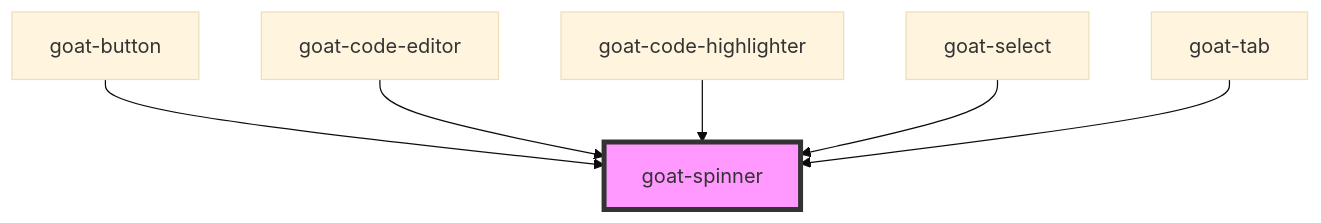
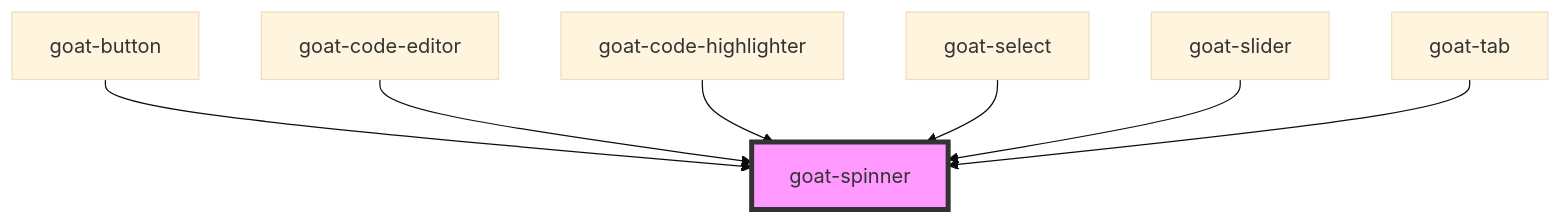
The diagram in src/components/feedback/spinner/readme.md (goatui/components), drawn with Mermaid (base theme) before and after one commit. The commit also changed other lines of this file and 9 other files, not shown here.

````diff
--- a/src/components/feedback/spinner/readme.md
+++ b/src/components/feedback/spinner/readme.md
@@ -26,9 +27,10 @@
 ```mermaid
 graph TD;
   goat-button --> goat-spinner
   goat-code-editor --> goat-spinner
   goat-code-highlighter --> goat-spinner
   goat-select --> goat-spinner
+  goat-slider --> goat-spinner
   goat-tab --> goat-spinner
   style goat-spinner fill:#f9f,stroke:#333,stroke-width:4px
 ```
````
